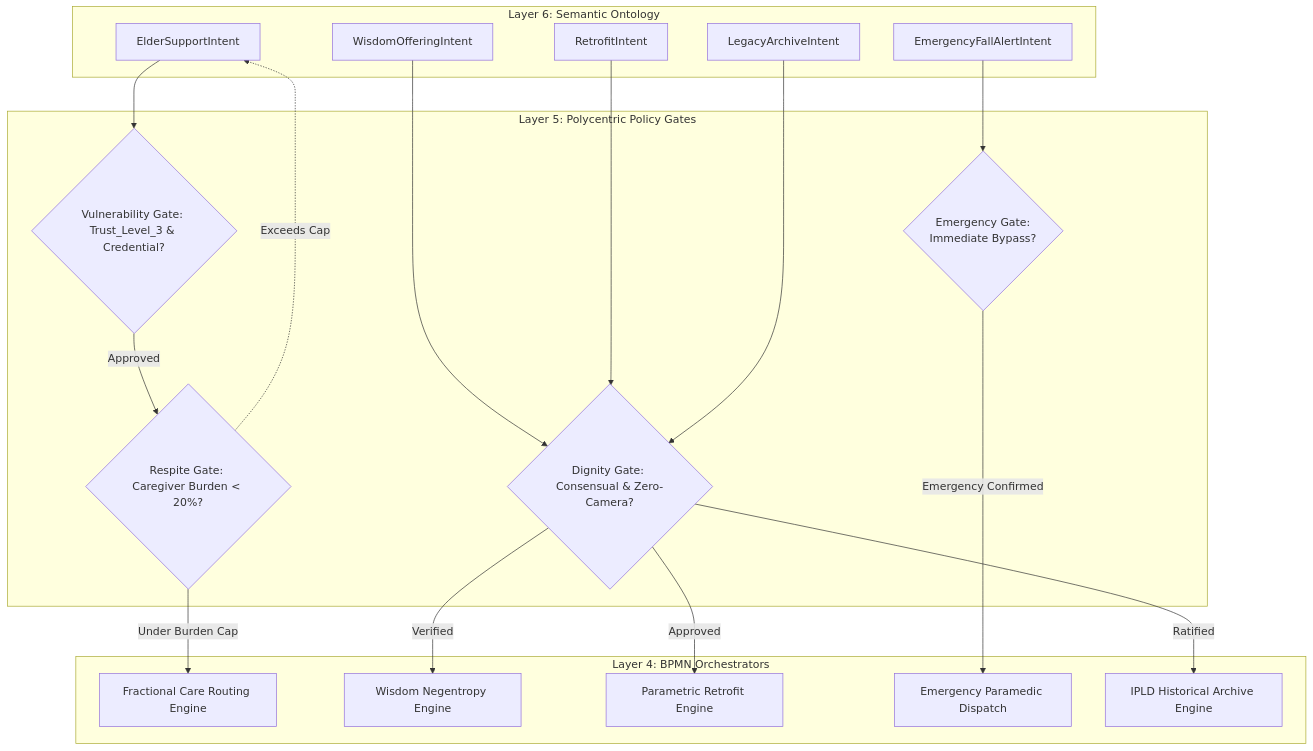
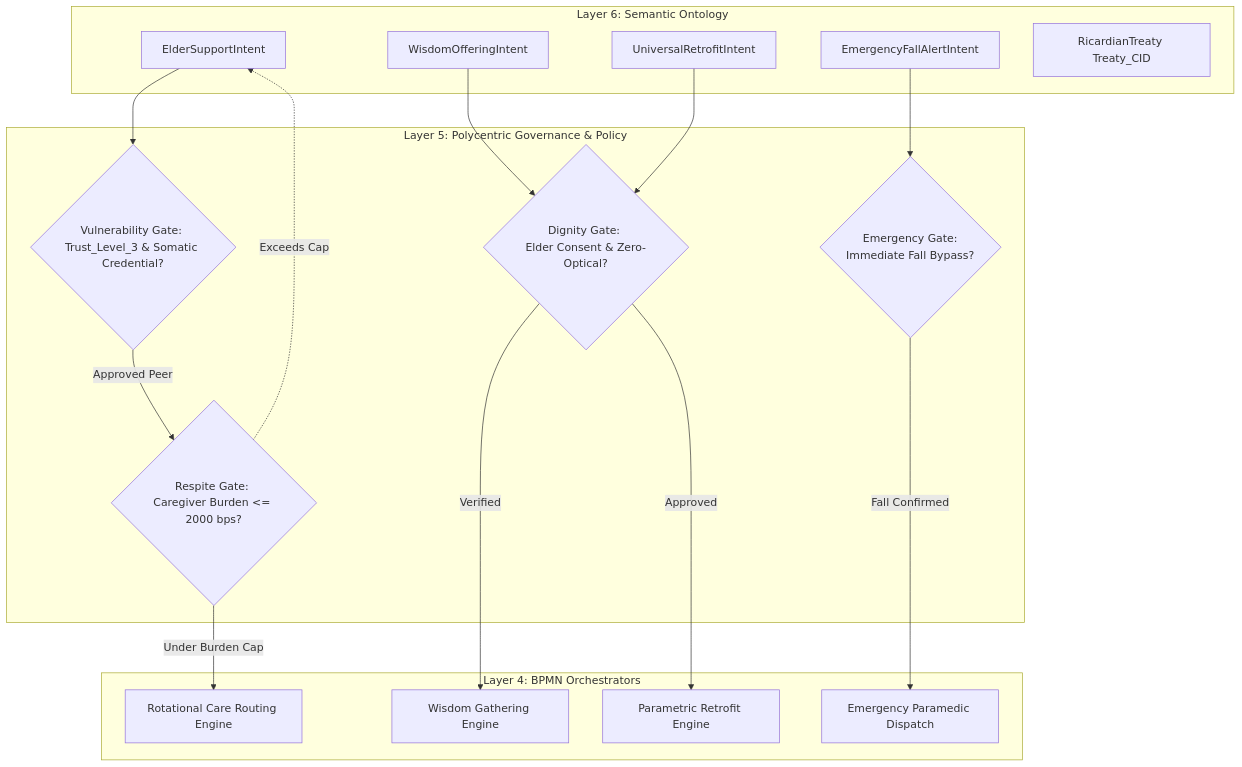
Before and after one commit to raffaine/collective: the third of 4 diagrams in docs/scenarios/phi_elder.md, drawn with Mermaid. The commit also changed other lines of this file and 23 other files, not shown here.

````diff
--- a/docs/scenarios/phi_elder.md
+++ b/docs/scenarios/phi_elder.md
@@ -117,43 +142,38 @@
 ```mermaid
 graph TD
     subgraph Layer 6: Semantic Ontology
         L6_Care[ElderSupportIntent]
         L6_Wisdom[WisdomOfferingIntent]
-        L6_Retro[RetrofitIntent]
+        L6_Retro[UniversalRetrofitIntent]
         L6_Emerg[EmergencyFallAlertIntent]
-        L6_Arch[LegacyArchiveIntent]
+        L6_Treaty[RicardianTreaty Treaty_CID]
     end
 
-    subgraph Layer 5: Polycentric Policy Gates
-        P_Trust{Vulnerability Gate: <br>Trust_Level_3 & Credential?}
-        P_Cap{Respite Gate: <br>Caregiver Burden < 20%?}
-        P_Dignity{Dignity Gate: <br>Consensual & Zero-Camera?}
-        P_Fast{Emergency Gate: <br>Immediate Bypass?}
+    subgraph Layer 5: Polycentric Governance & Policy
+        P_Trust{Vulnerability Gate: <br>Trust_Level_3 & Somatic Credential?}
+        P_Cap{Respite Gate: <br>Caregiver Burden <= 2000 bps?}
+        P_Dignity{Dignity Gate: <br>Elder Consent & Zero-Optical?}
+        P_Fast{Emergency Gate: <br>Immediate Fall Bypass?}
     end
 
     subgraph Layer 4: BPMN Orchestrators
-        BPMN_Care[Fractional Care Routing Engine]
-        BPMN_Wisdom[Wisdom Negentropy Engine]
+        BPMN_Care[Rotational Care Routing Engine]
+        BPMN_Wisdom[Wisdom Gathering Engine]
         BPMN_Build[Parametric Retrofit Engine]
         BPMN_Triage[Emergency Paramedic Dispatch]
-        BPMN_Archive[IPLD Historical Archive Engine]
     end
 
-    %% Routing
     L6_Care --> P_Trust
-    P_Trust -->|Approved| P_Cap
+    P_Trust -->|Approved Peer| P_Cap
     P_Cap -->|Under Burden Cap| BPMN_Care
     P_Cap -.->|Exceeds Cap| L6_Care
 
     L6_Wisdom --> P_Dignity
     P_Dignity -->|Verified| BPMN_Wisdom
 
     L6_Retro --> P_Dignity
     P_Dignity -->|Approved| BPMN_Build
 
     L6_Emerg --> P_Fast
-    P_Fast -->|Emergency Confirmed| BPMN_Triage
-
-    L6_Arch --> P_Dignity
-    P_Dignity -->|Ratified| BPMN_Archive
+    P_Fast -->|Fall Confirmed| BPMN_Triage
 ```
````
